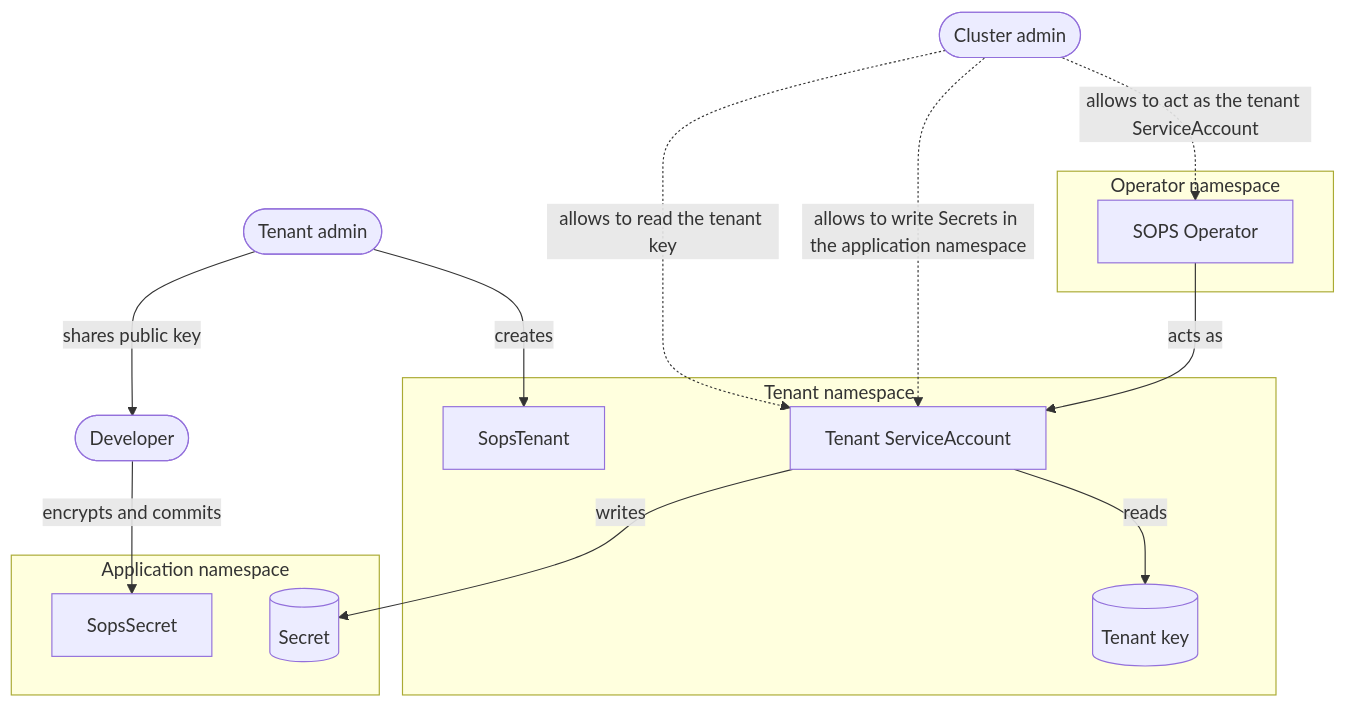
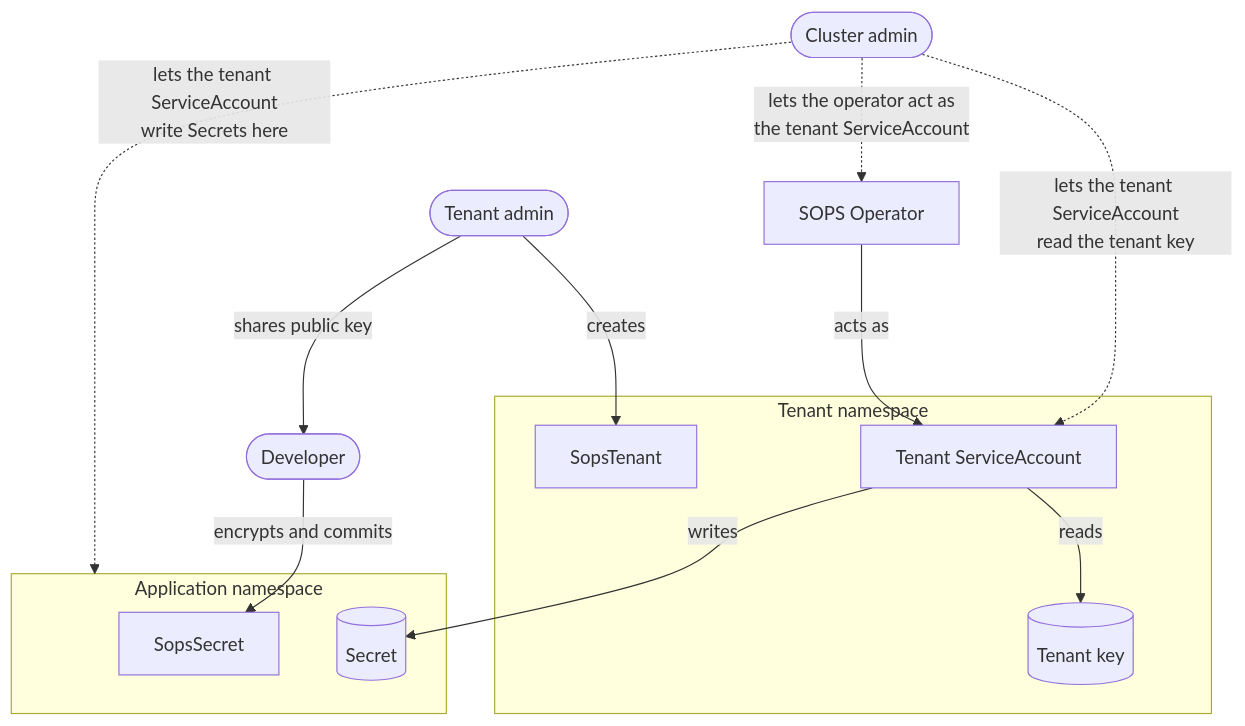
The diagram in README.md (stakater/sops-operator), drawn with Mermaid before and after one commit.

Commit message:
docs: README diagram grants say who is allowed what

````diff
--- a/README.md
+++ b/README.md
@@ -110,31 +110,29 @@
 ```mermaid
 flowchart TB
     CA(["Cluster admin"])
     TA(["Tenant admin"])
     DEV(["Developer"])
 
-    subgraph OPNS["Operator namespace"]
-        OP["SOPS Operator"]
-    end
+    OP["SOPS Operator"]
 
     subgraph TNS["Tenant namespace"]
         TEN["SopsTenant"]
         SA["Tenant ServiceAccount"]
         KEY[("Tenant key")]
     end
 
     subgraph APP["Application namespace"]
         SS["SopsSecret"]
         OUT[("Secret")]
     end
 
-    CA -.->|"allows to act as the tenant ServiceAccount"| OP
-    CA -.->|"allows to read the tenant key"| SA
-    CA -.->|"allows to write Secrets in the application namespace"| SA
+    CA -.->|"lets the operator act as<br/>the tenant ServiceAccount"| OP
+    CA -.->|"lets the tenant ServiceAccount<br/>read the tenant key"| SA
+    CA -.->|"lets the tenant ServiceAccount<br/>write Secrets here"| APP
     TA -->|creates| TEN
     TA -->|"shares public key"| DEV
     DEV -->|"encrypts and commits"| SS
     OP -->|"acts as"| SA
     SA -->|reads| KEY
     SA -->|writes| OUT
 ```
````
